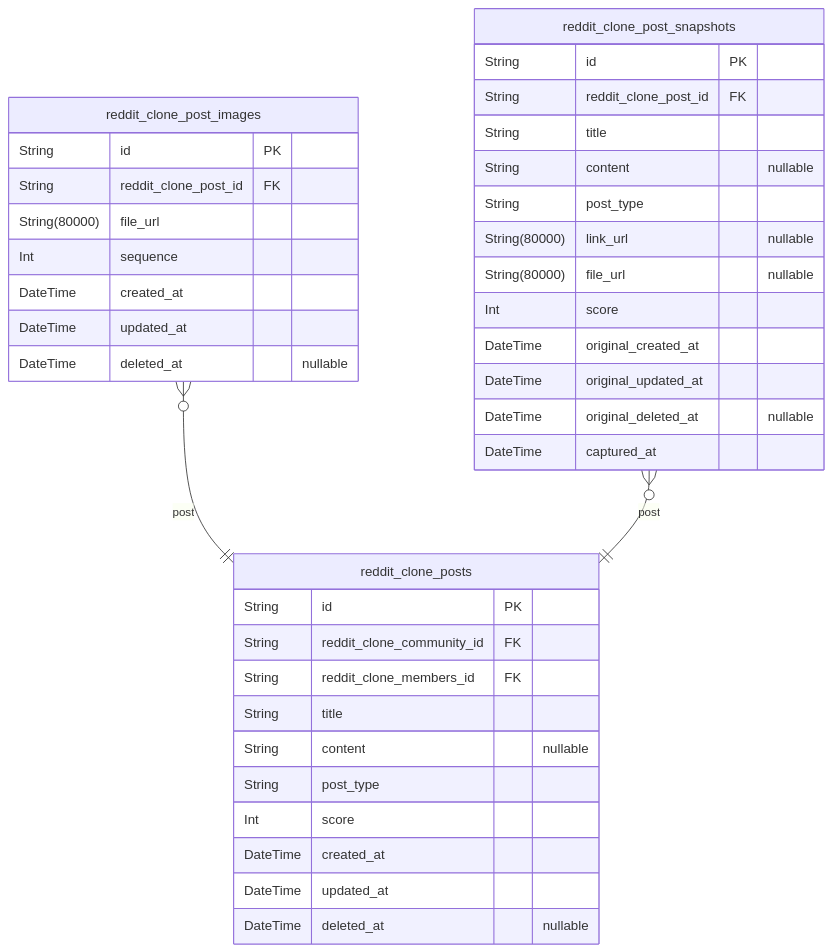
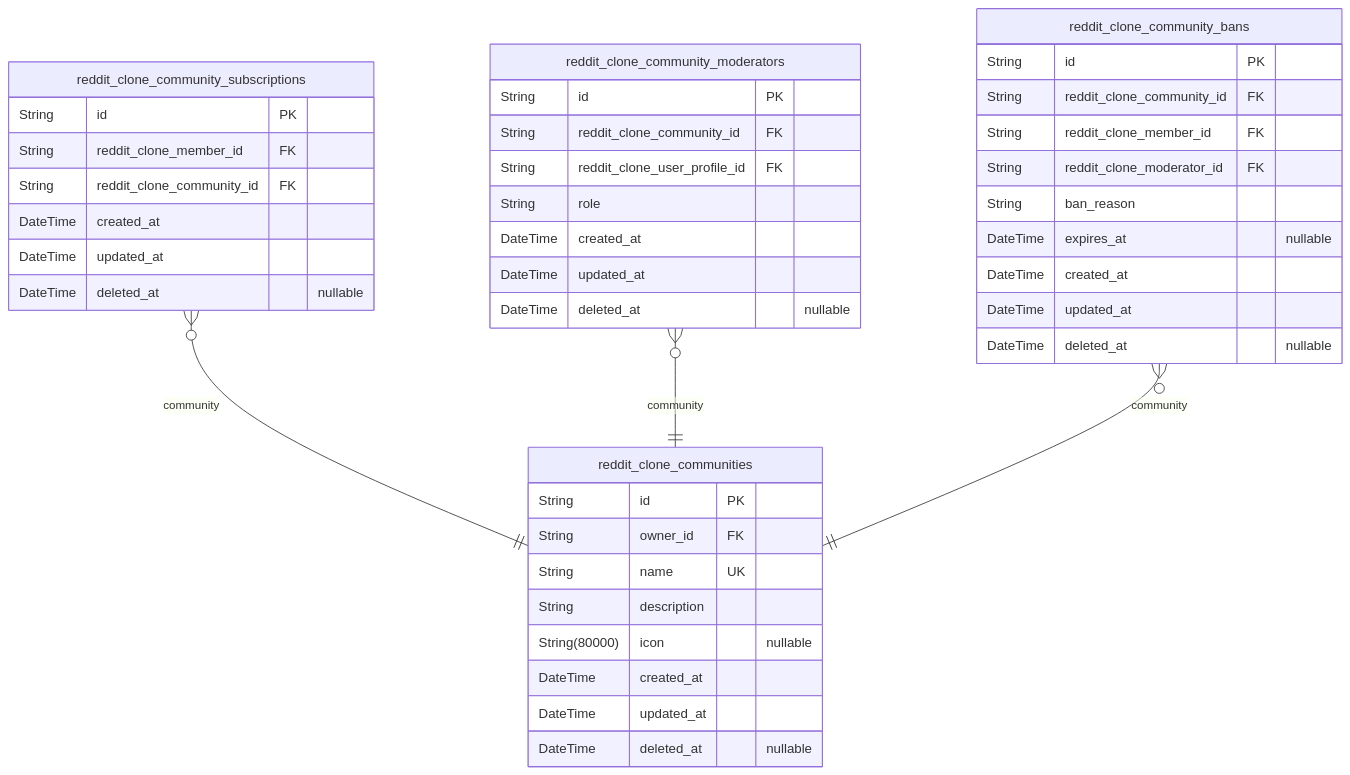
One commit to wrtnlabs/autobe-examples changed the third of 6 diagrams in qwen/qwen3.5-27b/reddit/docs/ERD.md. Above: the diagram before and after it, drawn with Mermaid. The commit also changed other lines of this file and 32093 other files, not shown here.

````diff
--- a/qwen/qwen3.5-27b/reddit/docs/ERD.md
+++ b/qwen/qwen3.5-27b/reddit/docs/ERD.md
@@ -585,40 +547,44 @@
 ```mermaid
 erDiagram
-"reddit_clone_posts" {
+"reddit_clone_communities" {
   String id PK
-  String reddit_clone_community_id FK
-  String reddit_clone_members_id FK
-  String title
-  String content "nullable"
-  String post_type
-  Int score
+  String owner_id FK
+  String name UK
+  String description
+  String(80000) icon "nullable"
   DateTime created_at
   DateTime updated_at
   DateTime deleted_at "nullable"
 }
-"reddit_clone_post_images" {
+"reddit_clone_community_subscriptions" {
   String id PK
-  String reddit_clone_post_id FK
-  String(80000) file_url
-  Int sequence
+  String reddit_clone_member_id FK
+  String reddit_clone_community_id FK
   DateTime created_at
   DateTime updated_at
   DateTime deleted_at "nullable"
 }
-"reddit_clone_post_snapshots" {
+"reddit_clone_community_moderators" {
   String id PK
-  String reddit_clone_post_id FK
-  String title
-  String content "nullable"
-  String post_type
-  String(80000) link_url "nullable"
-  String(80000) file_url "nullable"
-  Int score
-  DateTime original_created_at
-  DateTime original_updated_at
-  DateTime original_deleted_at "nullable"
-  DateTime captured_at
+  String reddit_clone_community_id FK
+  String reddit_clone_user_profile_id FK
+  String role
+  DateTime created_at
+  DateTime updated_at
+  DateTime deleted_at "nullable"
 }
-"reddit_clone_post_images" }o--|| "reddit_clone_posts" : post
-"reddit_clone_post_snapshots" }o--|| "reddit_clone_posts" : post
+"reddit_clone_community_bans" {
+  String id PK
+  String reddit_clone_community_id FK
+  String reddit_clone_member_id FK
+  String reddit_clone_moderator_id FK
+  String ban_reason
+  DateTime expires_at "nullable"
+  DateTime created_at
+  DateTime updated_at
+  DateTime deleted_at "nullable"
+}
+"reddit_clone_community_subscriptions" }o--|| "reddit_clone_communities" : community
+"reddit_clone_community_moderators" }o--|| "reddit_clone_communities" : community
+"reddit_clone_community_bans" }o--|| "reddit_clone_communities" : community
 ```
````
